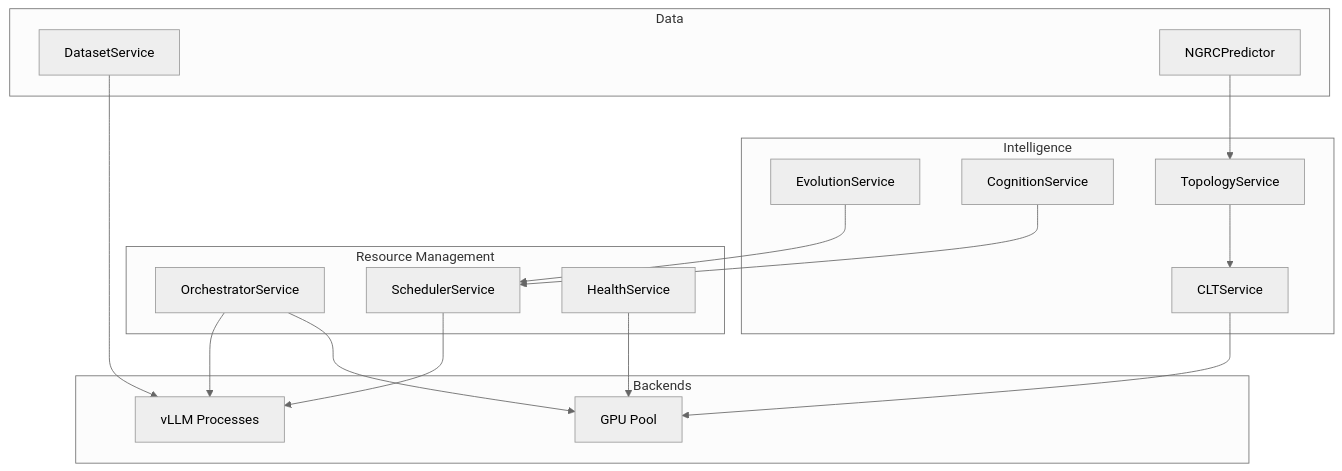
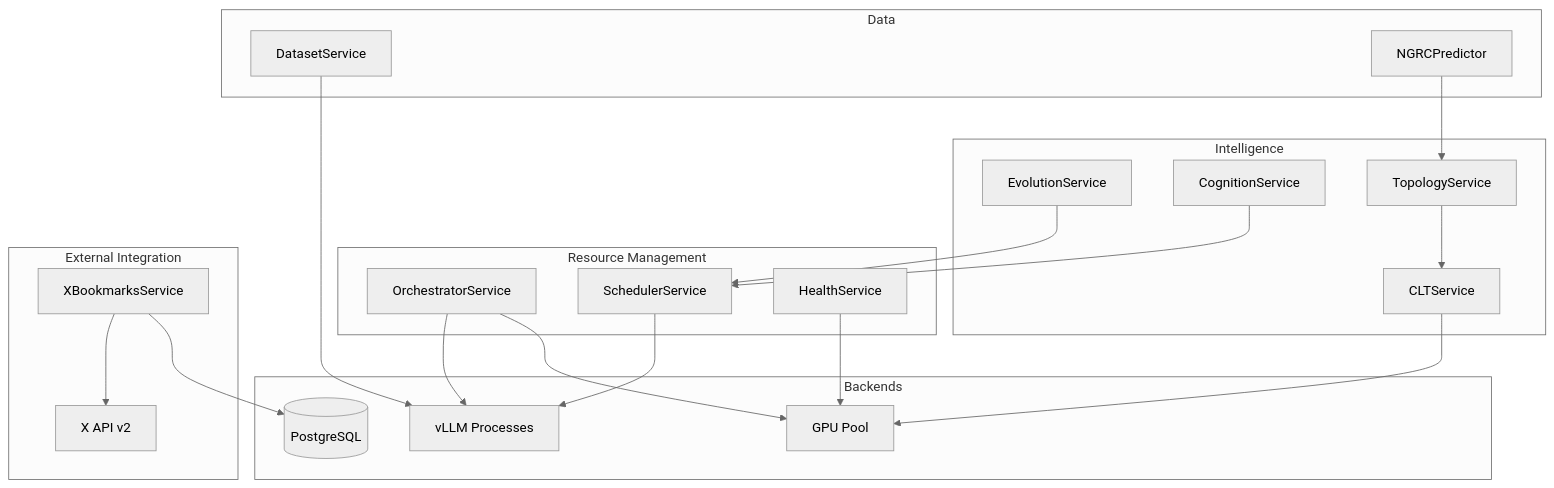
One commit to zndx/gaius changed the first of 3 diagrams in src/gaius/engine/services/README.md. Above: the diagram before and after it, drawn with Mermaid (neutral theme). The commit also changed other lines of this file and 50 other files, not shown here.

````diff
--- a/src/gaius/engine/services/README.md
+++ b/src/gaius/engine/services/README.md
@@ -7,36 +7,44 @@
 ```mermaid
 graph TB
     subgraph "Resource Management"
         ORCH[OrchestratorService]
         SCHED[SchedulerService]
         HEALTH[HealthService]
     end
 
     subgraph "Intelligence"
         EVOL[EvolutionService]
         COG[CognitionService]
         CLT[CLTService]
         TOPO[TopologyService]
     end
 
     subgraph "Data"
         DS[DatasetService]
         NGRC[NGRCPredictor]
     end
 
+    subgraph "External Integration"
+        XBS[XBookmarksService]
+        XAPI[X API v2]
+    end
+
     subgraph "Backends"
         VLLM[vLLM Processes]
         GPU[GPU Pool]
+        DB[(PostgreSQL)]
     end
 
     ORCH --> VLLM
     ORCH --> GPU
     SCHED --> VLLM
     HEALTH --> GPU
     EVOL --> SCHED
     COG --> SCHED
     CLT --> GPU
     TOPO --> CLT
     DS --> VLLM
     NGRC --> TOPO
+    XBS --> XAPI
+    XBS --> DB
 ```
````
